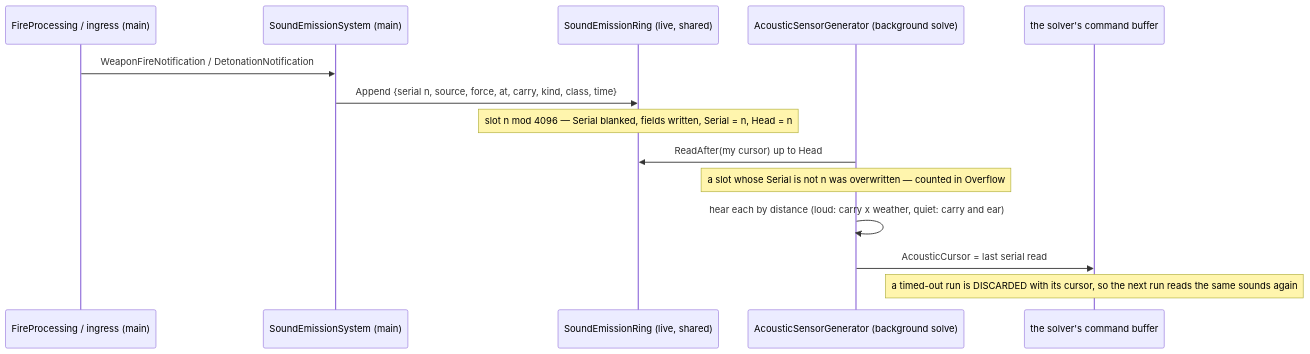
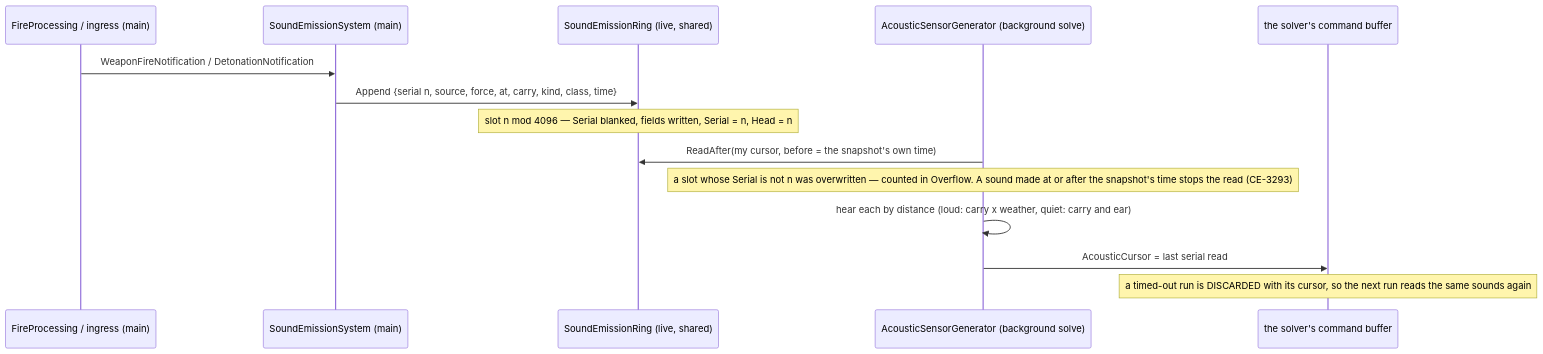
One commit to pjanec/HROT changed diagram 11 of 12 in docs/DESIGN_Thermal_And_Acoustic_Sensing.md. Above: the diagram before and after it, drawn with Mermaid. The commit also changed other lines of this file and 7 other files, not shown here.

First line of the commit message:
CE-3293 S5: a solve hears the ring as of its own time; CE-3294 filed

````diff
--- a/docs/DESIGN_Thermal_And_Acoustic_Sensing.md
+++ b/docs/DESIGN_Thermal_And_Acoustic_Sensing.md
@@ -640,16 +641,16 @@
 ```mermaid
 sequenceDiagram
   participant F as FireProcessing / ingress (main)
   participant E as SoundEmissionSystem (main)
   participant R as SoundEmissionRing (live, shared)
   participant G as AcousticSensorGenerator (background solve)
   participant C as the solver's command buffer
   F->>E: WeaponFireNotification / DetonationNotification
   E->>R: Append {serial n, source, force, at, carry, kind, class, time}
   Note over R: slot n mod 4096 — Serial blanked, fields written, Serial = n, Head = n
-  G->>R: ReadAfter(my cursor) up to Head
-  Note over G: a slot whose Serial is not n was overwritten — counted in Overflow
+  G->>R: ReadAfter(my cursor, before = the snapshot's own time)
+  Note over G: a slot whose Serial is not n was overwritten — counted in Overflow. A sound made at or after the snapshot's time stops the read (CE-3293)
   G->>G: hear each by distance (loud: carry x weather, quiet: carry and ear)
   G->>C: AcousticCursor = last serial read
   Note over C: a timed-out run is DISCARDED with its cursor, so the next run reads the same sounds again
 ```
````
